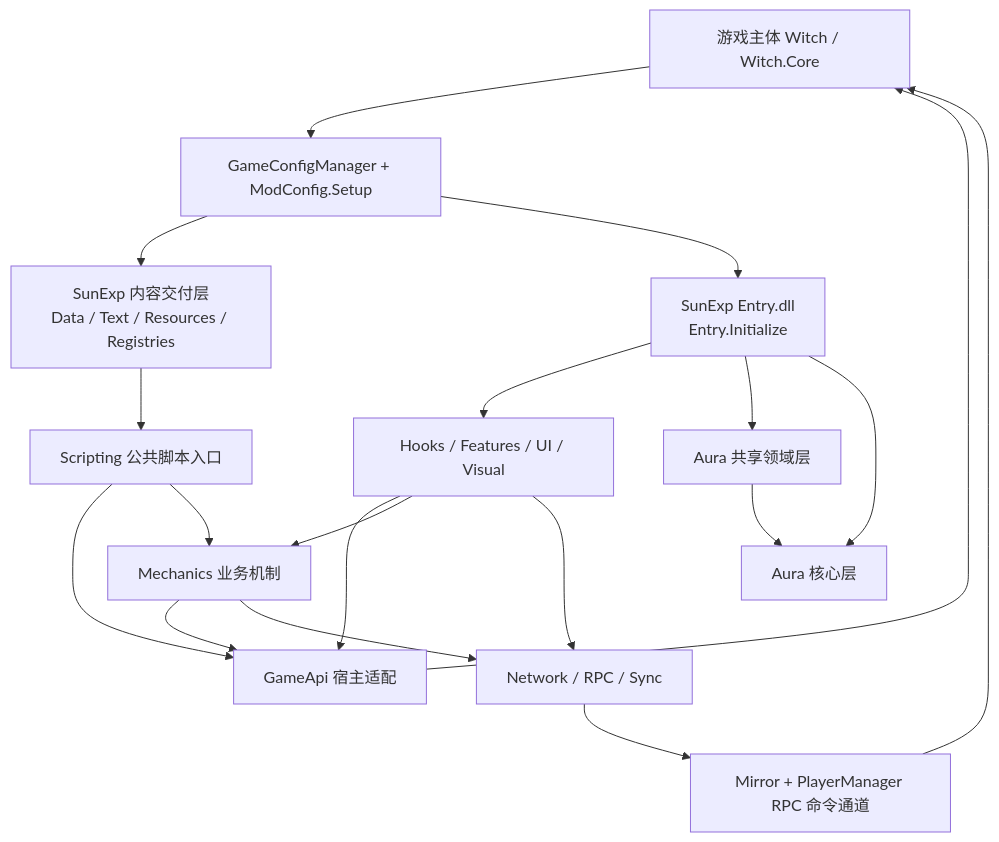
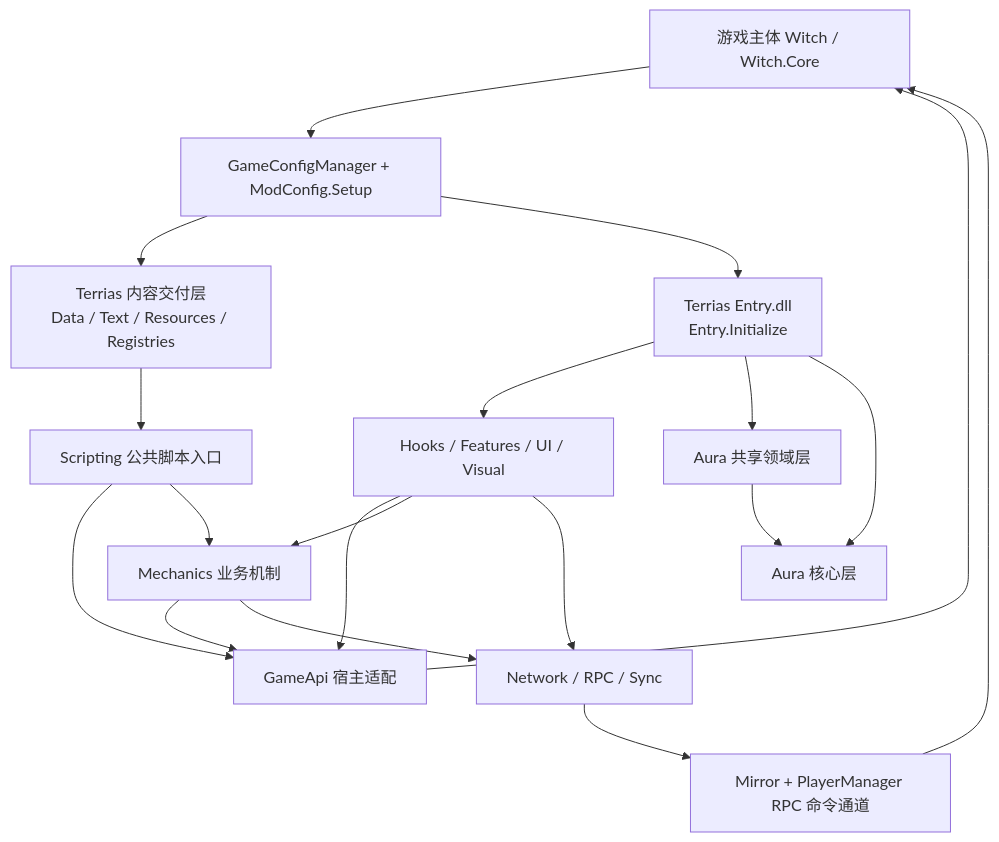
One commit to AuraKaliya/apocalyptic-journey-mod-SunExp changed the first of 2 diagrams in docs/Terrias/01-整体架构与运行全景.md. Above: the diagram before and after it, drawn with Mermaid. The commit also changed other lines of this file and 670 other files, not shown here.

````diff
--- a/docs/Terrias/01-整体架构与运行全景.md
+++ b/docs/Terrias/01-整体架构与运行全景.md
@@ -19,34 +19,34 @@
 ```mermaid
 flowchart TB
     Game["游戏主体 Witch / Witch.Core"]
     Loader["GameConfigManager + ModConfig.Setup"]
-    Content["SunExp 内容交付层\nData / Text / Resources / Registries"]
-    Entry["SunExp Entry.dll\nEntry.Initialize"]
+    Content["Terrias 内容交付层\nData / Text / Resources / Registries"]
+    Entry["Terrias Entry.dll\nEntry.Initialize"]
     Scripts["Scripting 公共脚本入口"]
     Api["GameApi 宿主适配"]
     Mechanics["Mechanics 业务机制"]
     Runtime["Hooks / Features / UI / Visual"]
     Network["Network / RPC / Sync"]
     SharedDomain["Aura 共享领域层"]
     SharedCore["Aura 核心层"]
     Mirror["Mirror + PlayerManager RPC 命令通道"]
 
     Game --> Loader
     Loader --> Content
     Loader --> Entry
     Content --> Scripts
     Scripts --> Api
     Scripts --> Mechanics
     Api --> Game
     Mechanics --> Api
     Entry --> Runtime
     Runtime --> Api
     Runtime --> Mechanics
     Entry --> SharedDomain
     Entry --> SharedCore
     SharedDomain --> SharedCore
     Runtime --> Network
     Mechanics --> Network
     Network --> Mirror
     Mirror --> Game
 ```
````
